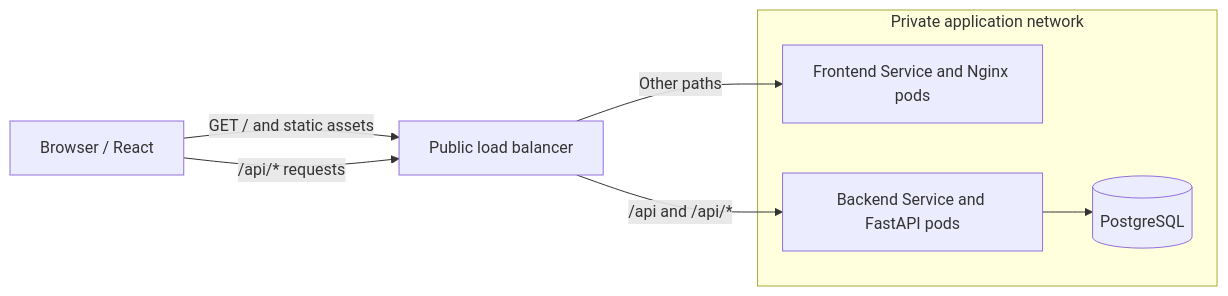
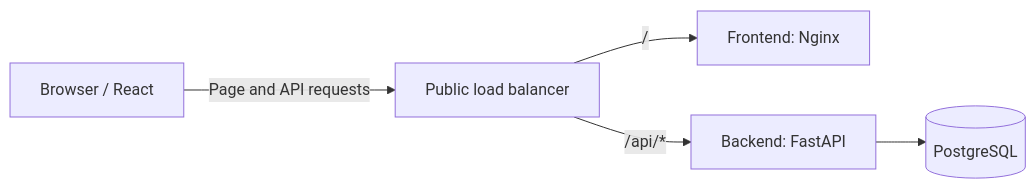
One commit to rohitraut3366/Idea-Board changed the diagram in README.md. Above: the diagram before and after it, drawn with Mermaid. The commit also changed other lines of this file, not shown here.

````diff
--- a/README.md
+++ b/README.md
@@ -28,13 +9,7 @@
 ```mermaid
 flowchart LR
-    Browser[Browser / React] -->|GET / and static assets| LB[Public load balancer]
-    Browser -->|/api/* requests| LB
-    subgraph Private[Private application network]
-        Web[Frontend Service and Nginx pods]
-        API[Backend Service and FastAPI pods]
-        DB[(PostgreSQL)]
-    end
-    LB -->|Other paths| Web
-    LB -->|/api and /api/*| API
-    API --> DB
+    Browser[Browser / React] -->|Page and API requests| LB[Public load balancer]
+    LB -->|/| Web[Frontend: Nginx]
+    LB -->|/api/*| API[Backend: FastAPI]
+    API --> DB[(PostgreSQL)]
 ```
````
